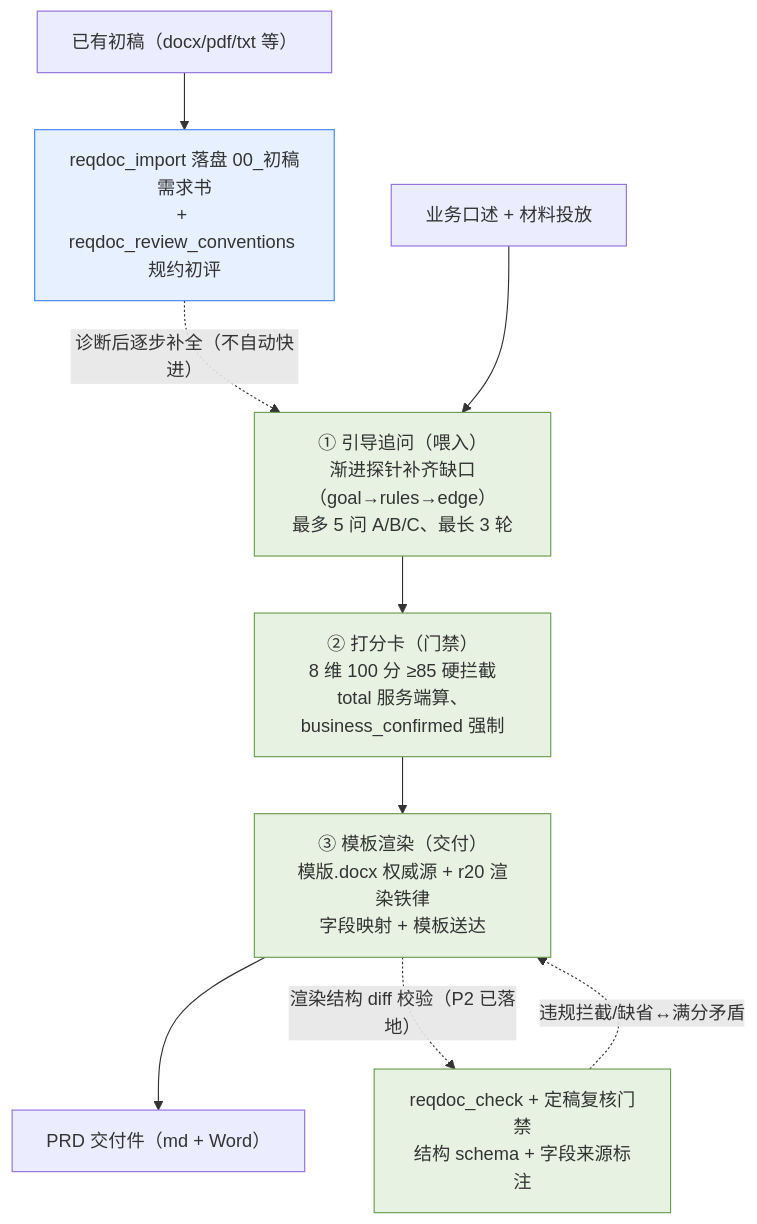
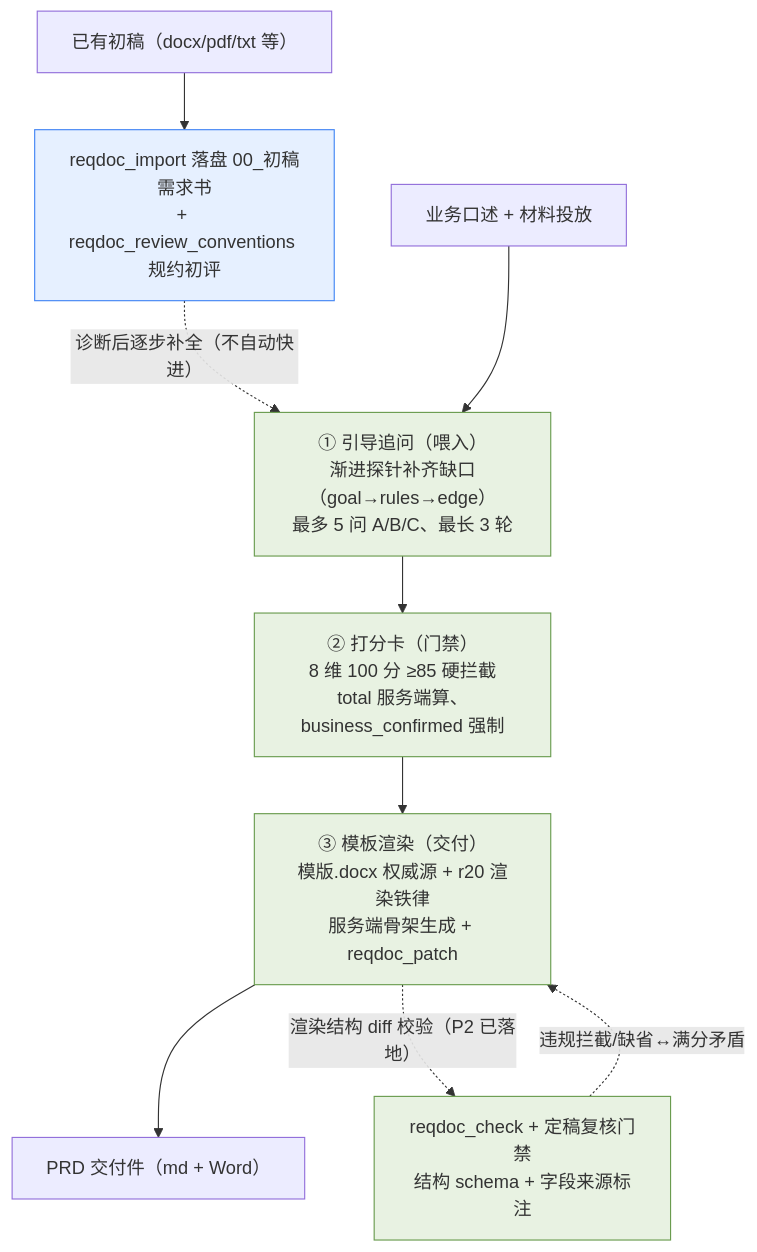
One commit to wonglaitung/opencode changed the first of 4 diagrams in opencode-session-mgmt/docs/workflow-reqdoc.md. Above: the diagram before and after it, drawn with Mermaid. The commit also changed other lines of this file and 16 other files, not shown here.

````diff
--- a/opencode-session-mgmt/docs/workflow-reqdoc.md
+++ b/opencode-session-mgmt/docs/workflow-reqdoc.md
@@ -19,17 +19,17 @@
 ```mermaid
 flowchart TD
     IMP["已有初稿（docx/pdf/txt 等）"] --> IMP2["reqdoc_import 落盘 00_初稿需求书<br/>+ reqdoc_review_conventions 规约初评"]
     IMP2 -. 诊断后逐步补全（不自动快进） .-> A
     I["业务口述 + 材料投放"] --> A["① 引导追问（喂入）<br/>渐进探针补齐缺口（goal→rules→edge）<br/>最多 5 问 A/B/C、最长 3 轮"]
     A --> B["② 打分卡（门禁）<br/>8 维 100 分 ≥85 硬拦截<br/>total 服务端算、business_confirmed 强制"]
-    B --> C["③ 模板渲染（交付）<br/>模版.docx 权威源 + r20 渲染铁律<br/>字段映射 + 模板送达"]
+    B --> C["③ 模板渲染（交付）<br/>模版.docx 权威源 + r20 渲染铁律<br/>服务端骨架生成 + reqdoc_patch"]
     C --> O["PRD 交付件（md + Word）"]
     C -. 渲染结构 diff 校验（P2 已落地） .-> D["reqdoc_check + 定稿复核门禁<br/>结构 schema + 字段来源标注"]
     D -. 违规拦截/缺省↔满分矛盾 .-> C
     %% 风险分布：三大支柱均已结构性固化（绿色）
     style A fill:#e8f2e2,stroke:#6a9c4f
     style B fill:#e8f2e2,stroke:#6a9c4f
     style C fill:#e8f2e2,stroke:#6a9c4f
     style D fill:#e8f2e2,stroke:#6a9c4f
     style IMP2 fill:#e6f0ff,stroke:#4285f4
 ```
````
